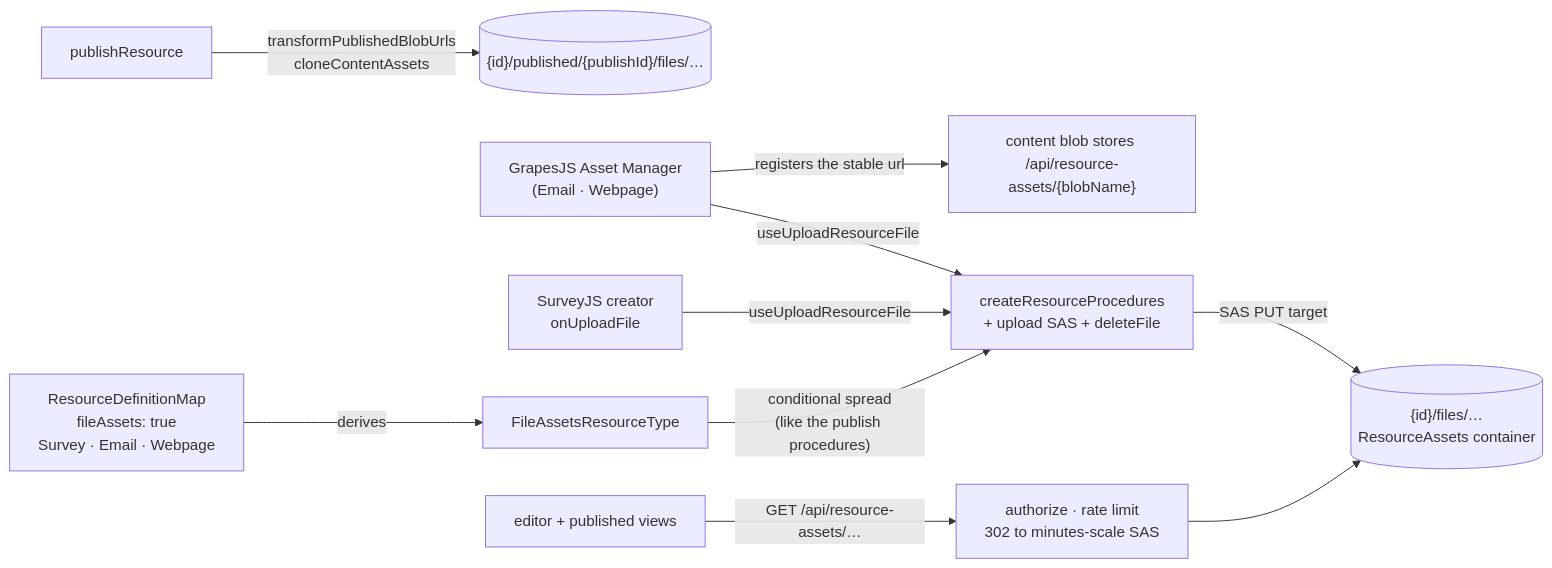
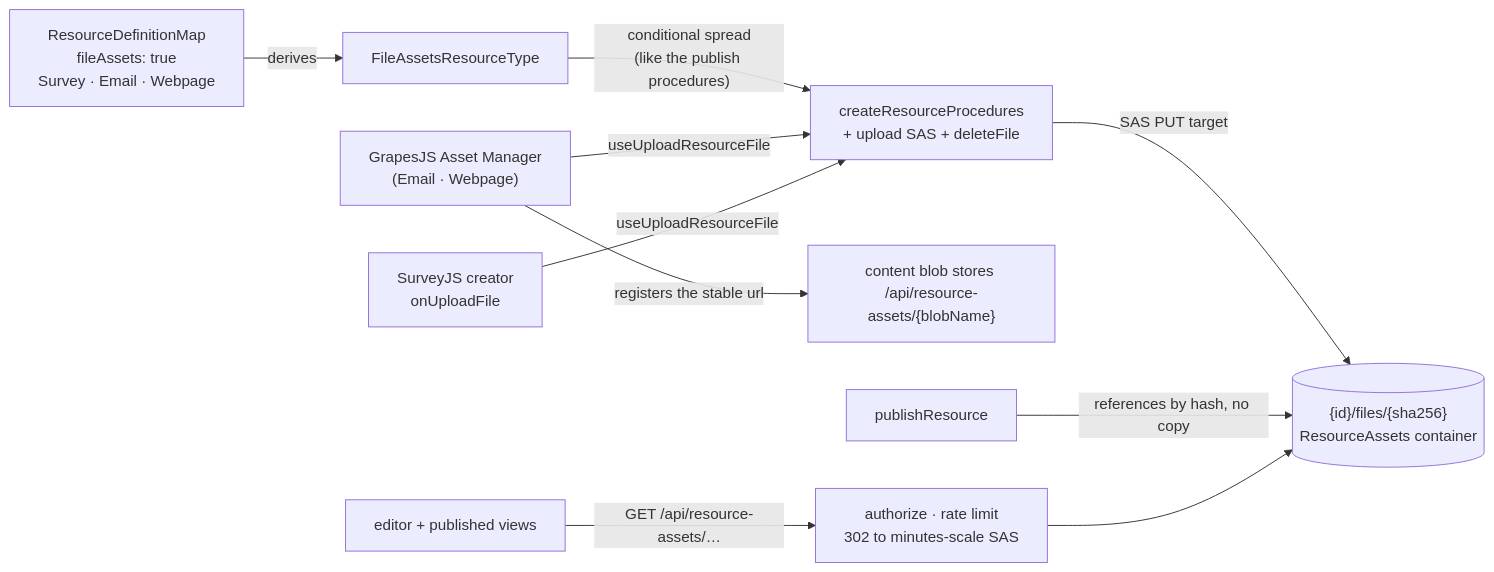
The diagram in openspec/specs/resource/resource-file-assets/design.md (Esposter/Esposter), drawn with Mermaid before and after one commit. The commit also changed other lines of this file and 21 other files, not shown here.

First line of the commit message:
docs(openspec): content-addressed assets ship as a spec, with the stale clone language swept

````diff
--- a/openspec/specs/resource/resource-file-assets/design.md
+++ b/openspec/specs/resource/resource-file-assets/design.md
@@ -11,12 +11,12 @@
 ```mermaid
 flowchart LR
   DEF["ResourceDefinitionMap<br/>fileAssets: true<br/>Survey · Email · Webpage"] -->|derives| UNION["FileAssetsResourceType"]
   UNION -->|"conditional spread<br/>(like the publish procedures)"| FACTORY["createResourceProcedures<br/>+ upload SAS + deleteFile"]
   AM["GrapesJS Asset Manager<br/>(Email · Webpage)"] -->|"useUploadResourceFile"| FACTORY
   CREATOR["SurveyJS creator<br/>onUploadFile"] -->|useUploadResourceFile| FACTORY
-  FACTORY -->|SAS PUT target| BLOB[("{id}/files/…<br/>ResourceAssets container")]
+  FACTORY -->|SAS PUT target| BLOB[("{id}/files/{sha256}<br/>ResourceAssets container")]
   AM -->|"registers the stable url"| CANVAS["content blob stores /api/resource-assets/{blobName}"]
-  PUB["publishResource"] -->|"transformPublishedBlobUrls<br/>cloneContentAssets"| SNAP[("{id}/published/{publishId}/files/…")]
+  PUB["publishResource"] -->|"references by hash, no copy"| BLOB
   VIEW["editor + published views"] -->|"GET /api/resource-assets/…"| EP["authorize · rate limit<br/>302 to minutes-scale SAS"]
   EP --> BLOB
 ```
````
